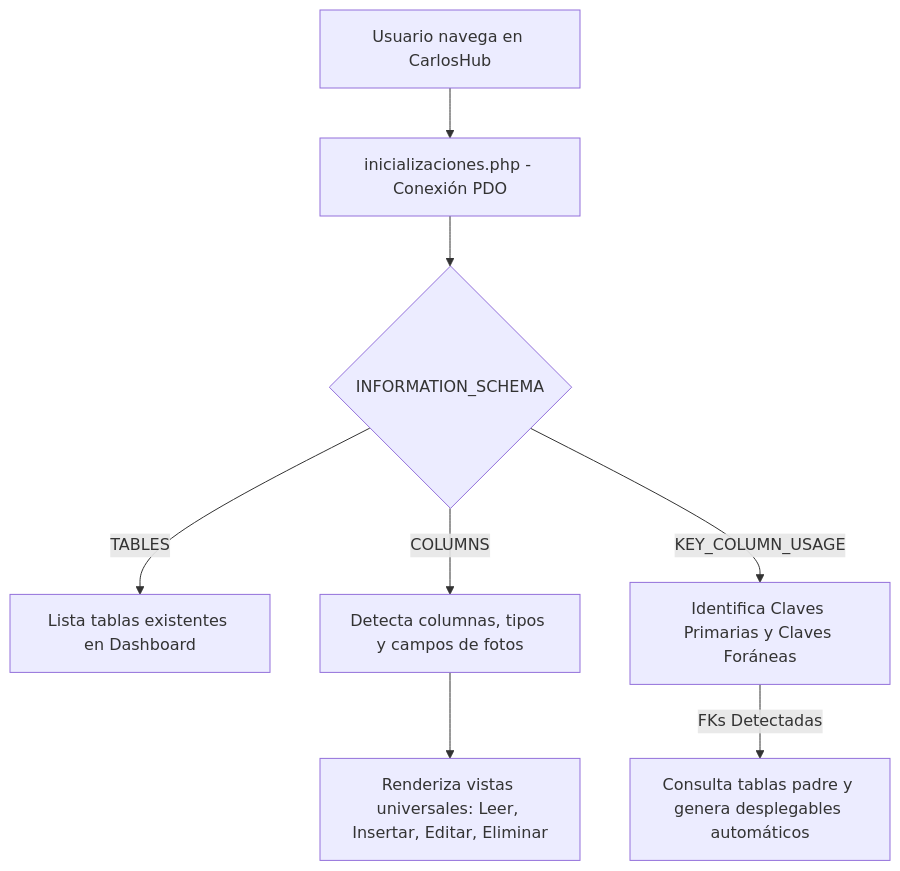
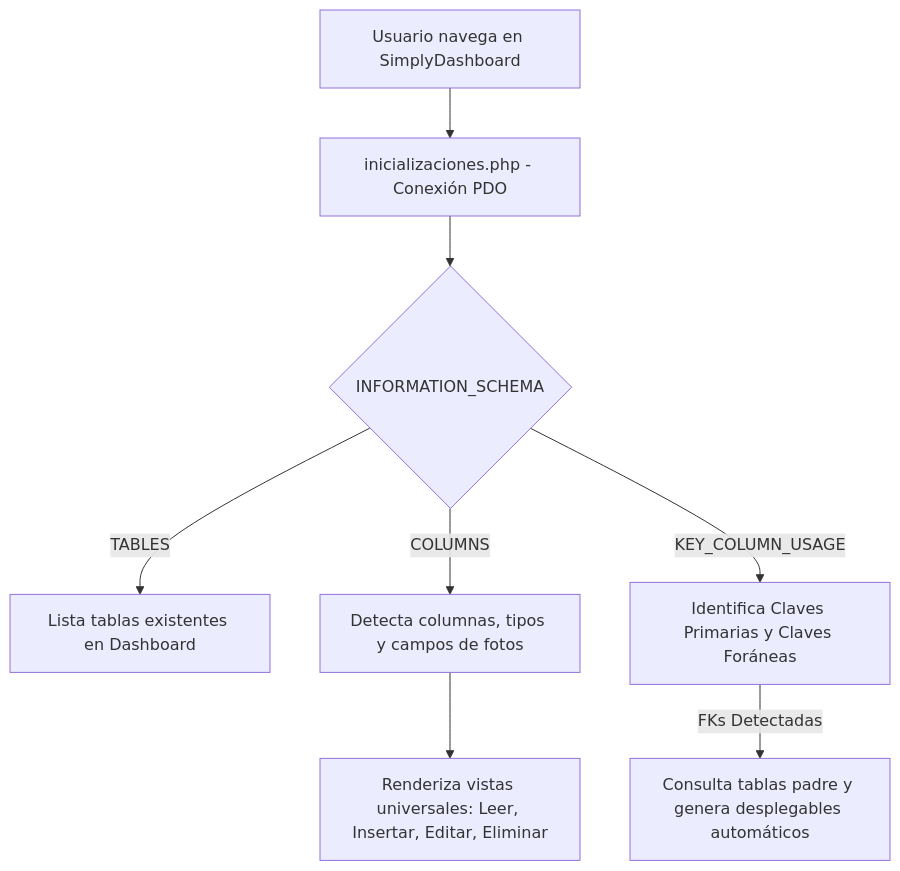
Before and after one commit to Capigamer888/simplydashboard: the diagram in README.md, drawn with Mermaid. The commit also changed other lines of this file and 9 other files, not shown here.

Commit message:
Renombrar proyecto a SimplyDashboard en encabezados, rutas y documentación

````diff
--- a/README.md
+++ b/README.md
@@ -11,10 +11,10 @@
 ```mermaid
 flowchart TD
-    A[Usuario navega en CarlosHub] --> B[inicializaciones.php - Conexión PDO]
+    A[Usuario navega en SimplyDashboard] --> B[inicializaciones.php - Conexión PDO]
     B --> C{INFORMATION_SCHEMA}
     C -->|TABLES| D[Lista tablas existentes en Dashboard]
     C -->|COLUMNS| E[Detecta columnas, tipos y campos de fotos]
     C -->|KEY_COLUMN_USAGE| F[Identifica Claves Primarias y Claves Foráneas]
     F -->|FKs Detectadas| G[Consulta tablas padre y genera desplegables automáticos]
     E --> H[Renderiza vistas universales: Leer, Insertar, Editar, Eliminar]
 ```
````
